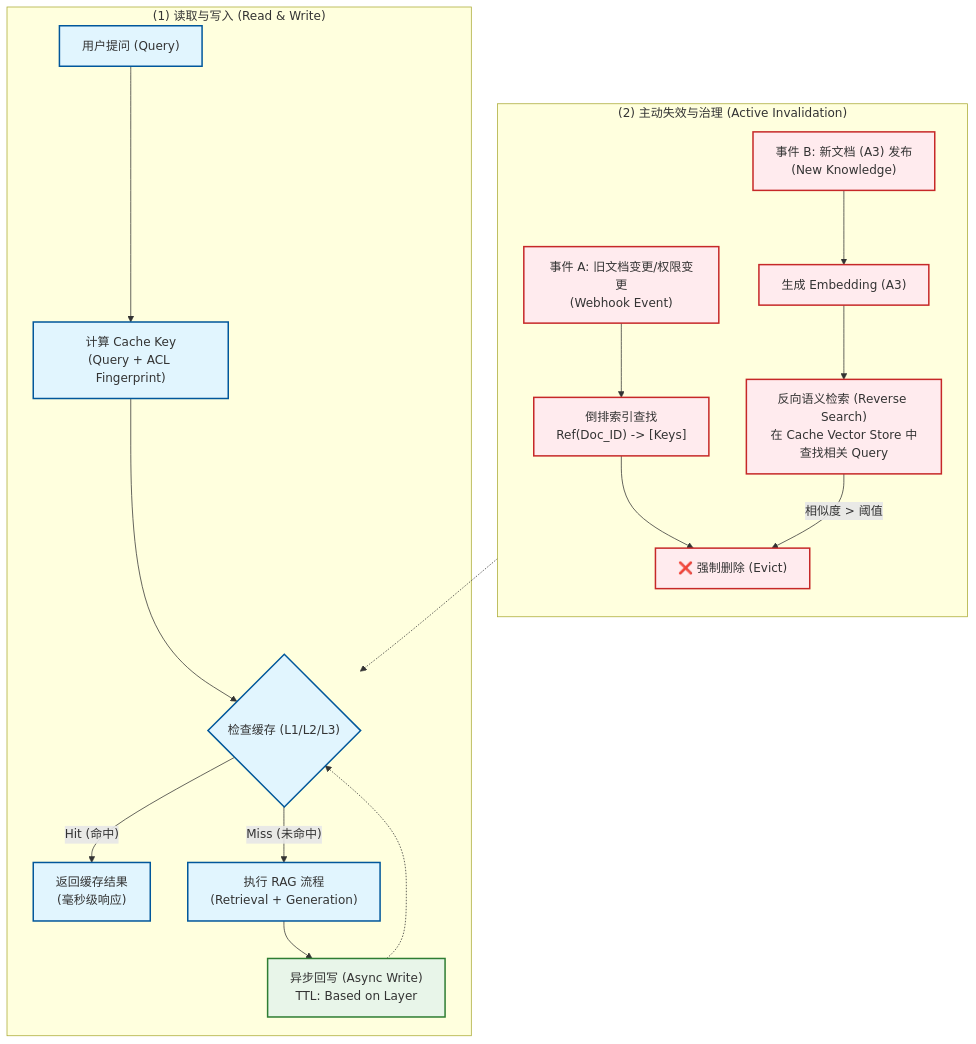
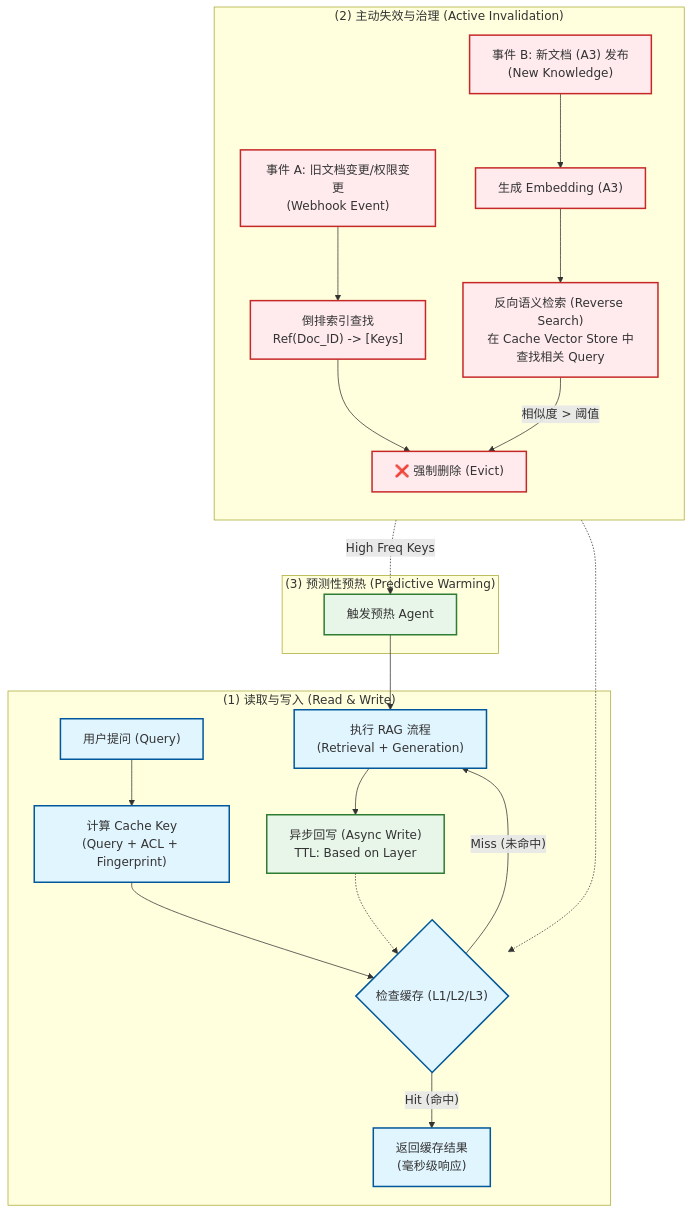
The seventh of 19 diagrams in docs/arch/enterprise-agentic-rag.md (cute-spring/opencode-notes), drawn with Mermaid before and after one commit. The commit also changed other lines of this file, not shown here.

````diff
--- a/docs/arch/enterprise-agentic-rag.md
+++ b/docs/arch/enterprise-agentic-rag.md
@@ -401,37 +510,44 @@
 ```mermaid
 flowchart TD
     %% 样式定义
     classDef read fill:#e1f5fe,stroke:#01579b,stroke-width:2px;
     classDef write fill:#e8f5e9,stroke:#2e7d32,stroke-width:2px;
     classDef invalid fill:#ffebee,stroke:#c62828,stroke-width:2px;
     classDef store fill:#fff9c4,stroke:#fbc02d,stroke-width:2px,stroke-dasharray: 5 5;
 
     subgraph Read_Path ["(1) 读取与写入 (Read & Write)"]
-        Q["用户提问 (Query)"] --> K["计算 Cache Key<br/>(Query + ACL Fingerprint)"]
+        Q["用户提问 (Query)"] --> K["计算 Cache Key<br/>(Query + ACL + Fingerprint)"]
         K --> L{"检查缓存 (L1/L2/L3)"}
         L -- "Hit (命中)" --> R["返回缓存结果<br/>(毫秒级响应)"]
         L -- "Miss (未命中)" --> RAG["执行 RAG 流程<br/>(Retrieval + Generation)"]
         RAG --> W["异步回写 (Async Write)<br/>TTL: Based on Layer"]
         W -.-> L
     end
 
     subgraph Invalidation_Path ["(2) 主动失效与治理 (Active Invalidation)"]
         direction TB
         
         %% 场景 A: 显式失效
         E1["事件 A: 旧文档变更/权限变更<br/>(Webhook Event)"] --> I1["倒排索引查找<br/>Ref(Doc_ID) -> [Keys]"]
         I1 --> D["❌ 强制删除 (Evict)"]
         
         %% 场景 B: 隐式语义失效
         E2["事件 B: 新文档 (A3) 发布<br/>(New Knowledge)"] --> V1["生成 Embedding (A3)"]
         V1 --> V2["反向语义检索 (Reverse Search)<br/>在 Cache Vector Store 中查找相关 Query"]
         V2 -- "相似度 > 阈值" --> D
     end
     
+    %% 场景 C: 预测性预热
+    subgraph Warming_Path ["(3) 预测性预热 (Predictive Warming)"]
+        D -.->|High Freq Keys| P["触发预热 Agent"]
+        P --> RAG
+    end
+    
     %% 连接失效动作与缓存存储
     D -.-> L
 
     class Q,K,L,R,RAG read
     class W write
     class E1,I1,D,E2,V1,V2 invalid
+    class P write
 ```
````
